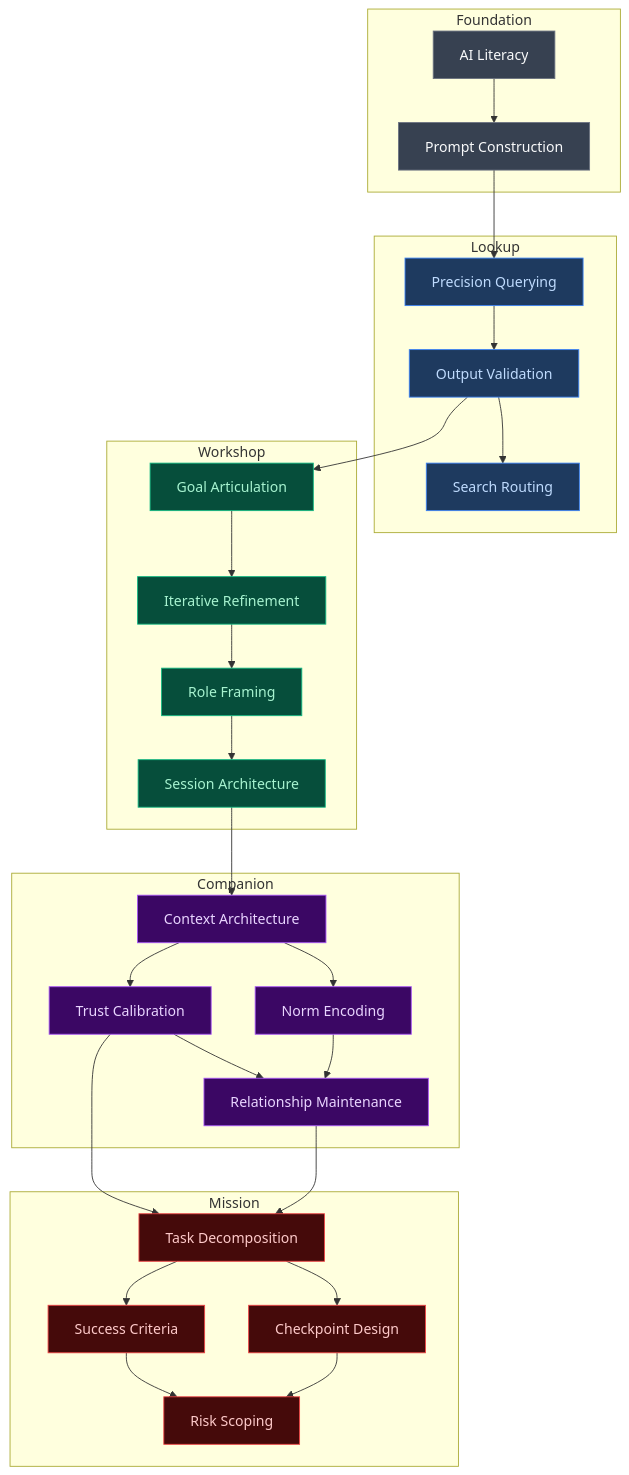
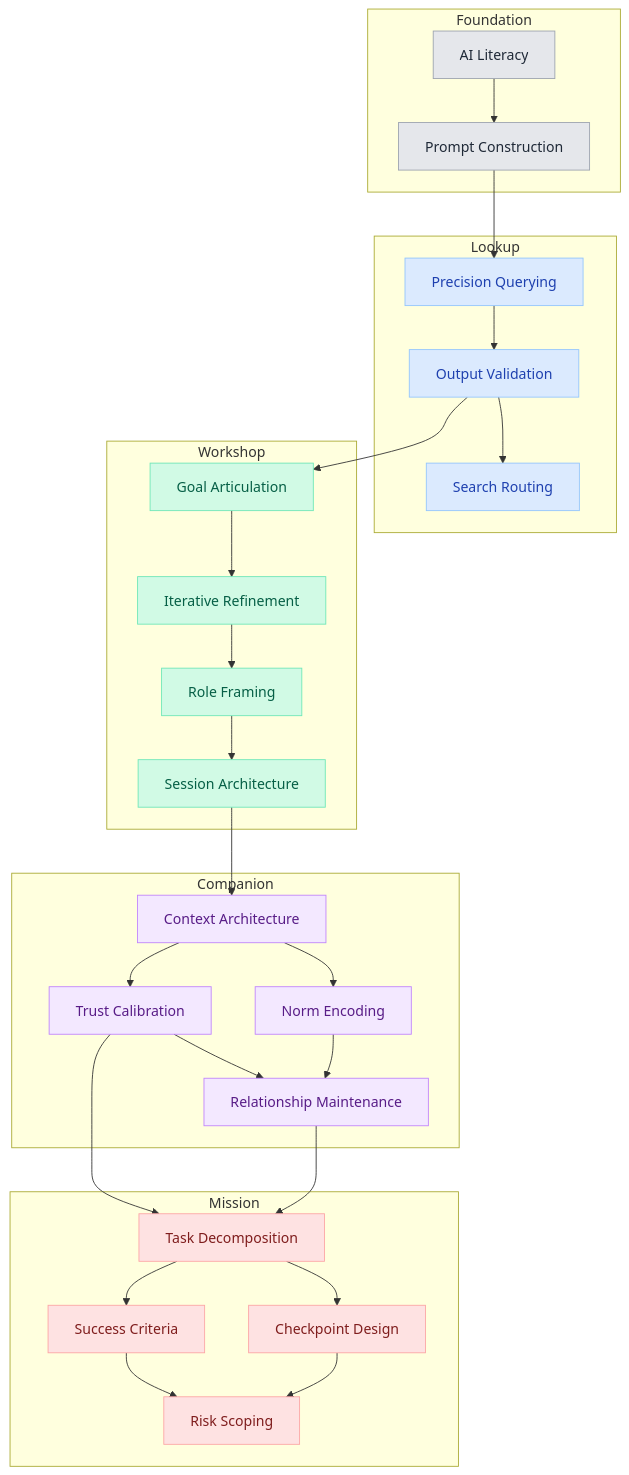
Before and after one commit to heichblatt/heichblatt.github.io: the diagram in content/posts/ai-collaboration-skill-tree.md, drawn with Mermaid. The commit also changed 1 other file, not shown here.

Commit message:
Pastel node colors and bold cluster labels in skill tree diagram
https://claude.ai/code/session_01EQh36T6ADDpiw64icHBoJM

````diff
--- a/content/posts/ai-collaboration-skill-tree.md
+++ b/content/posts/ai-collaboration-skill-tree.md
@@ -17,49 +17,49 @@
 ```mermaid
 graph TD
     subgraph Foundation
         F1[AI Literacy] --> F2[Prompt Construction]
     end
 
     subgraph Lookup
         L1[Precision Querying] --> L2[Output Validation]
         L2 --> L3[Search Routing]
     end
 
     subgraph Workshop
         W1[Goal Articulation] --> W2[Iterative Refinement]
         W2 --> W3[Role Framing]
         W3 --> W4[Session Architecture]
     end
 
     subgraph Companion
         C1[Context Architecture] --> C2[Trust Calibration]
         C1 --> C3[Norm Encoding]
         C2 --> C4[Relationship Maintenance]
         C3 --> C4
     end
 
     subgraph Mission
         M1[Task Decomposition] --> M2[Success Criteria]
         M1 --> M3[Checkpoint Design]
         M2 --> M4[Risk Scoping]
         M3 --> M4
     end
 
     F2 --> L1
     L2 --> W1
     W4 --> C1
     C2 --> M1
     C4 --> M1
 
-    classDef foundation fill:#374151,color:#f9fafb,stroke:#6b7280
-    classDef lookup fill:#1e3a5f,color:#bfdbfe,stroke:#3b82f6
-    classDef workshop fill:#064e3b,color:#a7f3d0,stroke:#10b981
-    classDef companion fill:#3b0764,color:#e9d5ff,stroke:#a855f7
-    classDef mission fill:#450a0a,color:#fecaca,stroke:#ef4444
+    classDef foundation fill:#e5e7eb,color:#1f2937,stroke:#9ca3af
+    classDef lookup fill:#dbeafe,color:#1e40af,stroke:#93c5fd
+    classDef workshop fill:#d1fae5,color:#065f46,stroke:#6ee7b7
+    classDef companion fill:#f3e8ff,color:#581c87,stroke:#c084fc
+    classDef mission fill:#fee2e2,color:#7f1d1d,stroke:#fca5a5
 
     class F1,F2 foundation
     class L1,L2,L3 lookup
     class W1,W2,W3,W4 workshop
     class C1,C2,C3,C4 companion
     class M1,M2,M3,M4 mission
 ```
````
